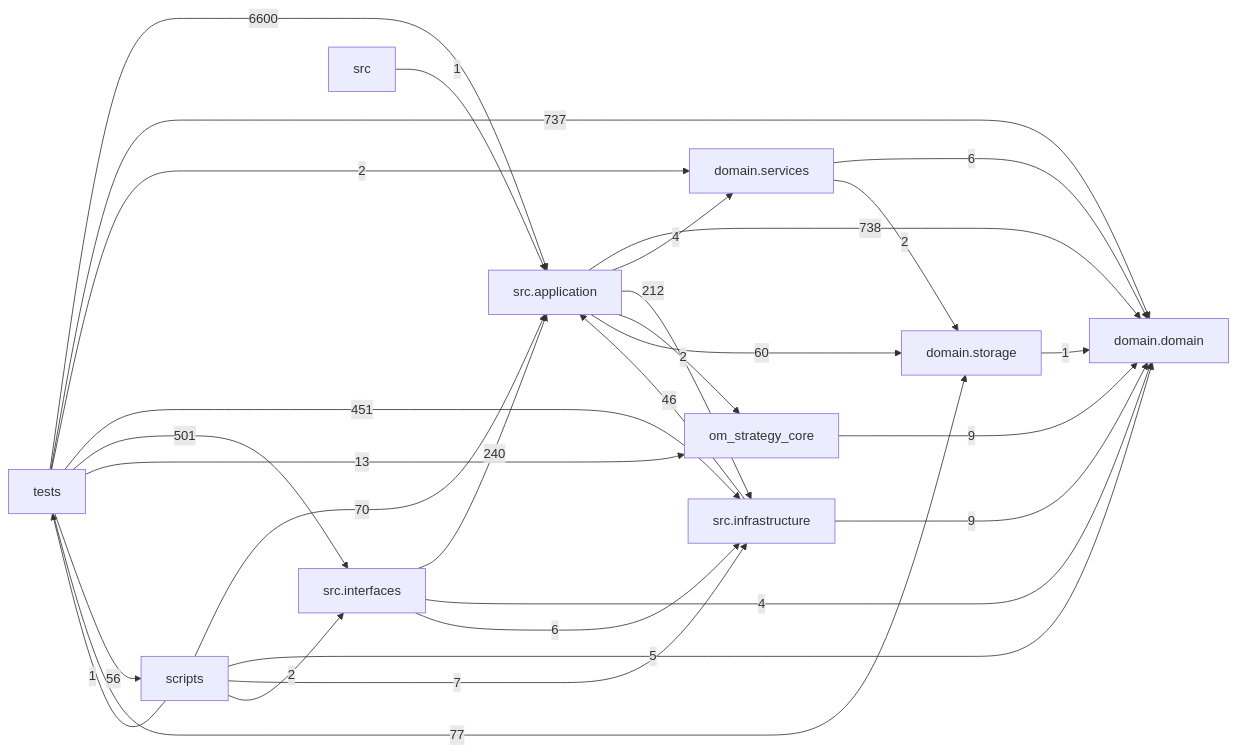
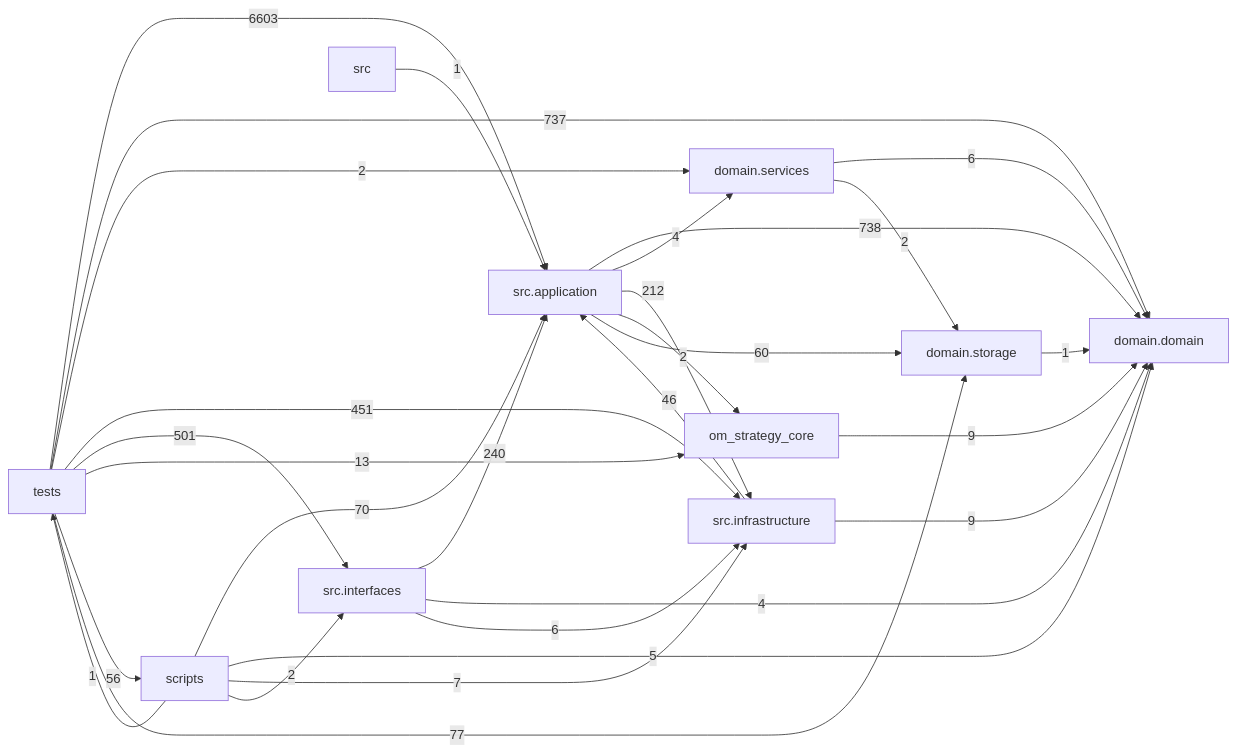
Before and after one commit to liuxie066/options-monitor: the diagram in docs/DEPENDENCY_GRAPH.md, drawn with Mermaid. The commit also changed other lines of this file and 3 other files, not shown here.

````diff
--- a/docs/DEPENDENCY_GRAPH.md
+++ b/docs/DEPENDENCY_GRAPH.md
@@ -24,39 +24,39 @@
 ```mermaid
 flowchart LR
   tests["tests"]
   scripts["scripts"]
   interfaces["src.interfaces"]
   application["src.application"]
   infrastructure["src.infrastructure"]
   domain_services["domain.services"]
   domain["domain.domain"]
   storage["domain.storage"]
   application -->|738| domain
   application -->|4| domain_services
   application -->|212| infrastructure
   application -->|2| om_strategy_core
   application -->|60| storage
   domain_services -->|6| domain
   domain_services -->|2| storage
   infrastructure -->|46| application
   infrastructure -->|9| domain
   interfaces -->|240| application
   interfaces -->|4| domain
   interfaces -->|6| infrastructure
   om_strategy_core -->|9| domain
   scripts -->|70| application
   scripts -->|5| domain
   scripts -->|7| infrastructure
   scripts -->|2| interfaces
   scripts -->|1| tests
   src -->|1| application
   storage -->|1| domain
-  tests -->|6600| application
+  tests -->|6603| application
   tests -->|737| domain
   tests -->|2| domain_services
   tests -->|451| infrastructure
   tests -->|501| interfaces
   tests -->|13| om_strategy_core
   tests -->|56| scripts
   tests -->|77| storage
 ```
````
